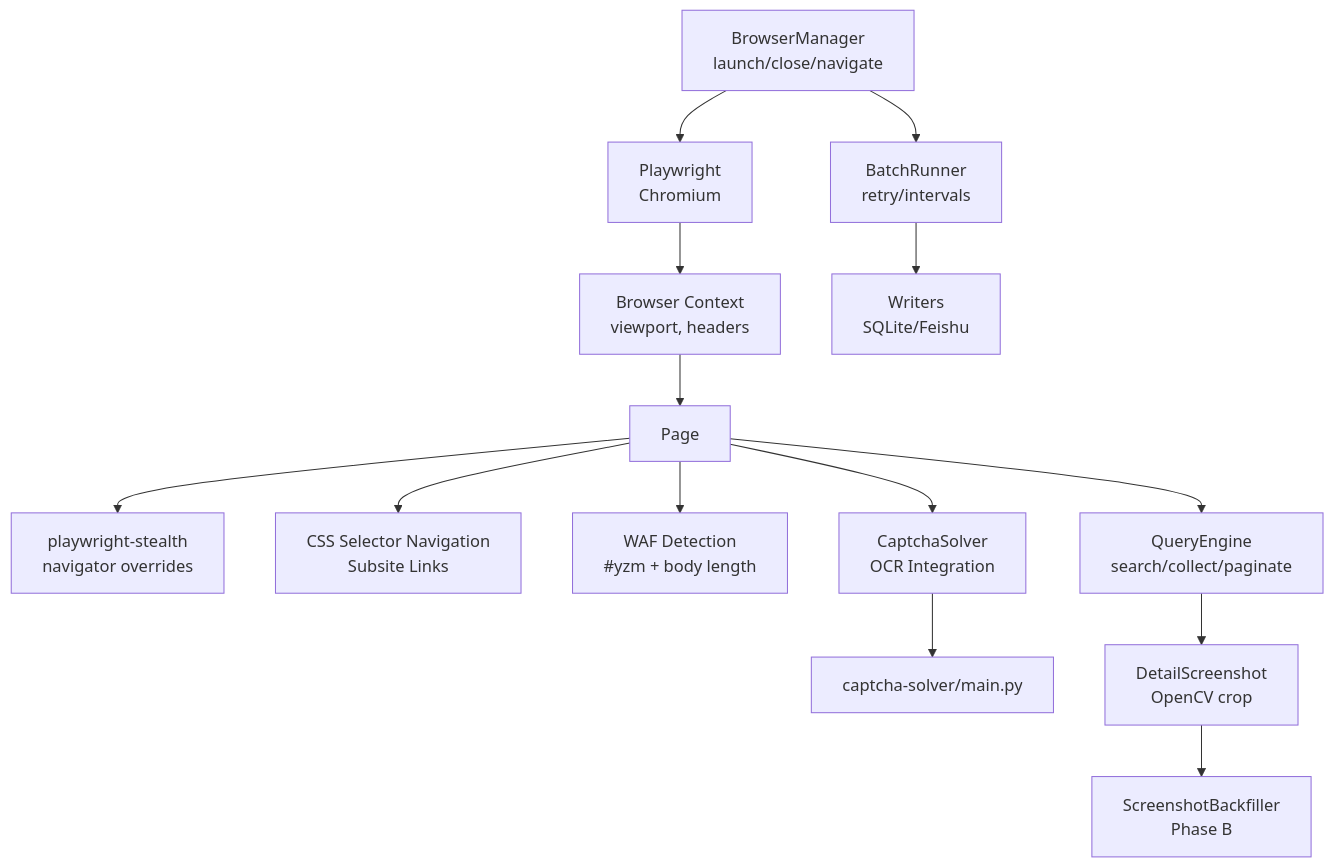
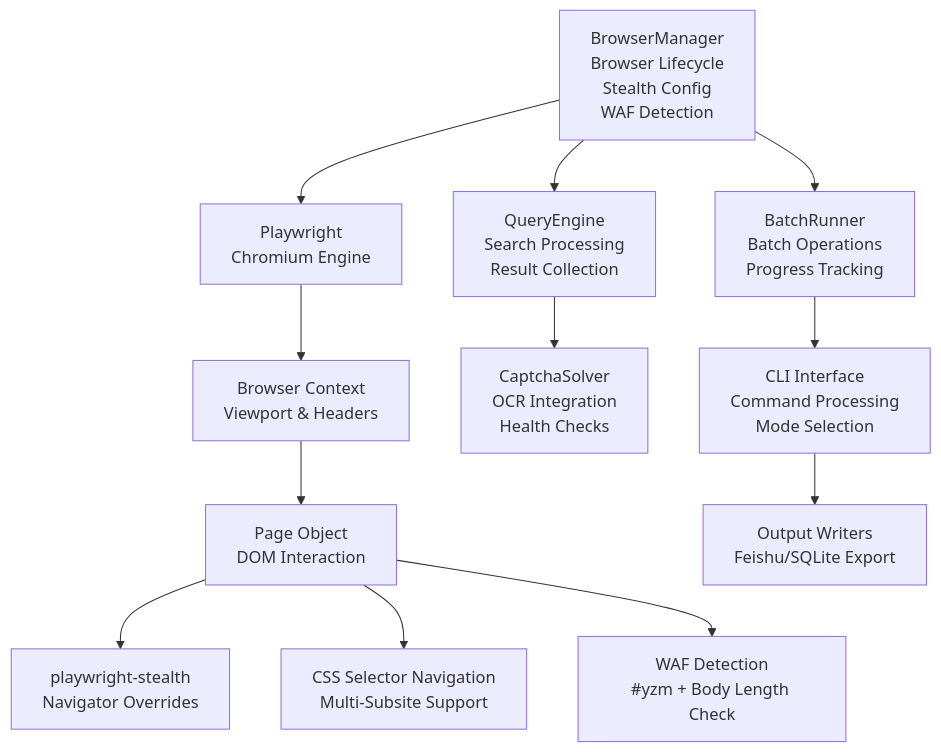
One commit to supotato-ipj/zxgk_auto_query-skill changed the second of 6 diagrams in .qoder/repowiki/en/content/Core Architecture/Browser Automation System.md. Above: the diagram before and after it, drawn with Mermaid. The commit also changed other lines of this file and 24 other files, not shown here.

````diff
--- a/.qoder/repowiki/en/content/Core Architecture/Browser Automation System.md
+++ b/.qoder/repowiki/en/content/Core Architecture/Browser Automation System.md
@@ -106,16 +124,14 @@
 ```mermaid
 graph TB
-BM["BrowserManager<br/>launch/close/navigate"] --> PW["Playwright<br/>Chromium"]
-PW --> CTX["Browser Context<br/>viewport, headers"]
-CTX --> PG["Page"]
-PG --> ST["playwright-stealth<br/>navigator overrides"]
-PG --> NAV["CSS Selector Navigation<br/>Subsite Links"]
-PG --> WAF["WAF Detection<br/>#yzm + body length"]
-PG --> CAP["CaptchaSolver<br/>OCR Integration"]
-CAP --> OCR["captcha-solver/main.py"]
-PG --> QE["QueryEngine<br/>search/collect/paginate"]
-QE --> DS["DetailScreenshot<br/>OpenCV crop"]
-DS --> FB["ScreenshotBackfiller<br/>Phase B"]
-BM --> BR["BatchRunner<br/>retry/intervals"]
-BR --> OUT["Writers<br/>SQLite/Feishu"]
+BM["BrowserManager<br/>Browser Lifecycle<br/>Stealth Config<br/>WAF Detection"] --> PW["Playwright<br/>Chromium Engine"]
+PW --> CTX["Browser Context<br/>Viewport & Headers"]
+CTX --> PAGE["Page Object<br/>DOM Interaction"]
+PAGE --> STEALTH["playwright-stealth<br/>Navigator Overrides"]
+PAGE --> NAV["CSS Selector Navigation<br/>Multi-Subsite Support"]
+PAGE --> WAF["WAF Detection<br/>#yzm + Body Length Check"]
+BM --> QE["QueryEngine<br/>Search Processing<br/>Result Collection"]
+QE --> CAP["CaptchaSolver<br/>OCR Integration<br/>Health Checks"]
+BM --> BR["BatchRunner<br/>Batch Operations<br/>Progress Tracking"]
+BR --> CLI["CLI Interface<br/>Command Processing<br/>Mode Selection"]
+CLI --> OUT["Output Writers<br/>Feishu/SQLite Export"]
 ```
````
